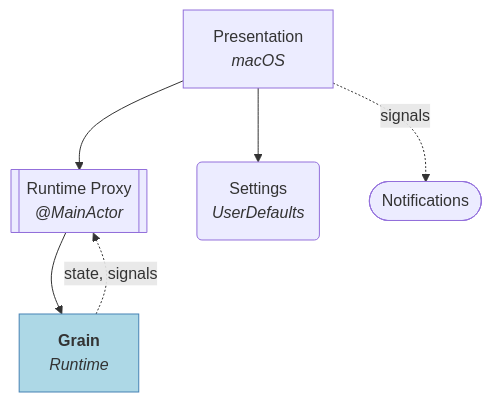
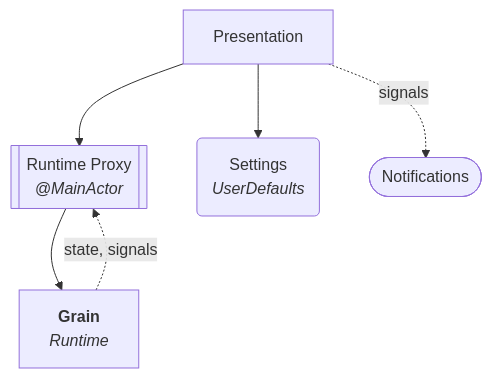
One commit to vitalydolgov/grain-desktop changed the first of 2 diagrams in CLAUDE.md. Above: the diagram before and after it, drawn with Mermaid. The commit also changed other lines of this file and 3 other files, not shown here.

````diff
--- a/CLAUDE.md
+++ b/CLAUDE.md
@@ -25,19 +19,16 @@
 ```mermaid
 flowchart TD
-    DP["Presentation<br/><i>macOS</i>"]
+    DP["Presentation"]
     DProxy[["Runtime Proxy<br/><i>@MainActor</i>"]]
     DP --> DProxy
     DProxy --> DGrain
     DGrain -.->|state, signals| DProxy
 
     S("Settings<br/><i>UserDefaults</i>")
     DP --> S
 
     N(["Notifications"])
     DP -.->|signals| N
 
     DGrain["<b>Grain</b><br/><i>Runtime</i>"]
-
-    classDef grain fill:lightblue,stroke:steelblue
-    class DGrain grain
 ```
````
